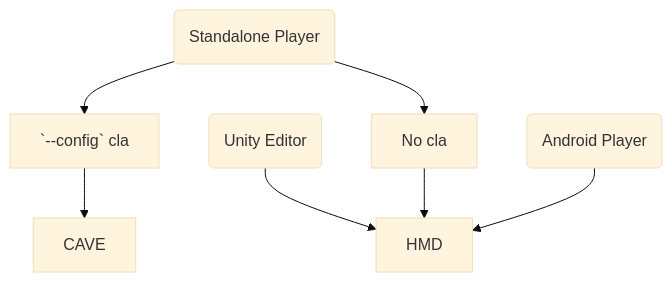
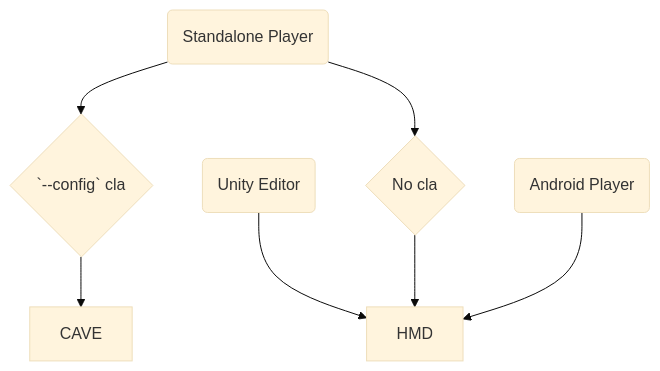
One commit to brown-ccv/w3d-translator changed the diagram in docs/Writing3D.md. Above: the diagram before and after it, drawn with Mermaid (base theme).

````diff
--- a/docs/Writing3D.md
+++ b/docs/Writing3D.md
@@ -35,9 +35,9 @@
 ```mermaid
 graph TD;
     unityEditor(Unity Editor)-->HMD;
-    standalonePlayer(Standalone Player)-->config[`--config` cla];
-    config[`--config` cla]-->CAVE
-    standalonePlayer(Standalone Player)-->noconfig[No cla];
-    noconfig[No cla]--> HMD;
+    standalonePlayer(Standalone Player)-->config{`--config` cla};
+    config{`--config` cla}-->CAVE
+    standalonePlayer(Standalone Player)-->noconfig{No cla};
+    noconfig{No cla}--> HMD;
     androidPlayer(Android Player)-->HMD;
 ```
````
